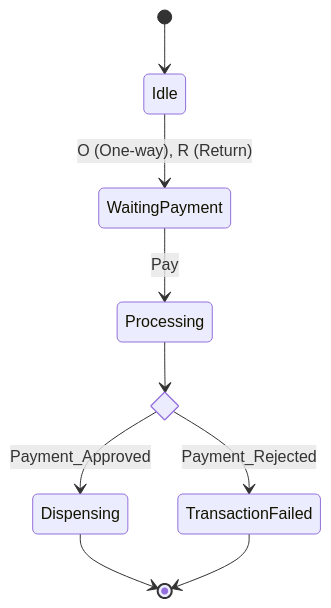
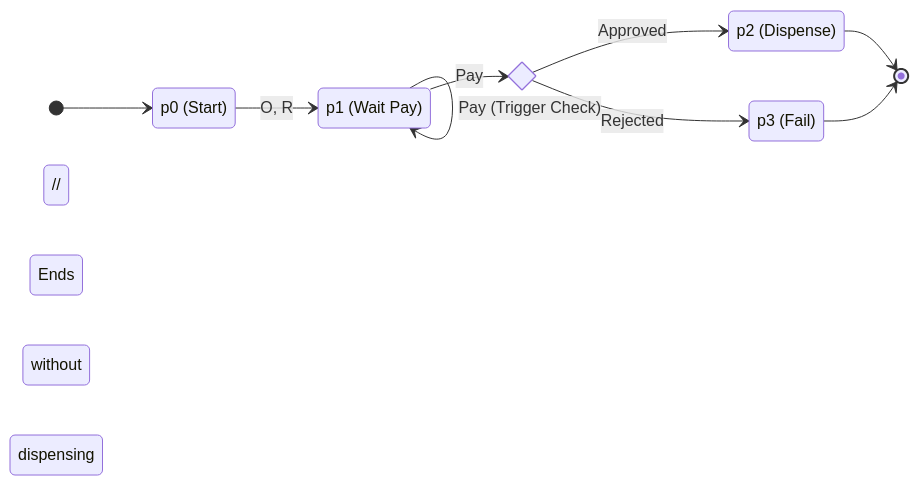
The second of 3 diagrams in README.md (ziaur390/finite_state_machine), drawn with Mermaid before and after one commit. The commit also changed other lines of this file, not shown here.

````diff
--- a/README.md
+++ b/README.md
@@ -50,17 +66,20 @@
 ```mermaid
 stateDiagram-v2
-    [*] --> Idle
+    direction LR
+    p0 : p0 (Start)
+    p1 : p1 (Wait Pay)
+    p2 : p2 (Dispense)
+    p3 : p3 (Fail)
+
+    [*] --> p0
+    p0 --> p1 : O, R
+    p1 --> p1 : Pay (Trigger Check)
     
-    Idle --> WaitingPayment : O (One-way), R (Return)
+    state payment_check <<choice>>
+    p1 --> payment_check : Pay
+    payment_check --> p2 : Approved
+    payment_check --> p3 : Rejected
     
-    WaitingPayment --> Processing : Pay
-    
-    state Processing_Choice <<choice>>
-    Processing --> Processing_Choice
-    
-    Processing_Choice --> Dispensing : Payment_Approved
-    Processing_Choice --> TransactionFailed : Payment_Rejected
-    
-    Dispensing --> [*]
-    TransactionFailed --> [*]
+    p2 --> [*]
+    p3 --> [*] // Ends without dispensing
 ```
````
